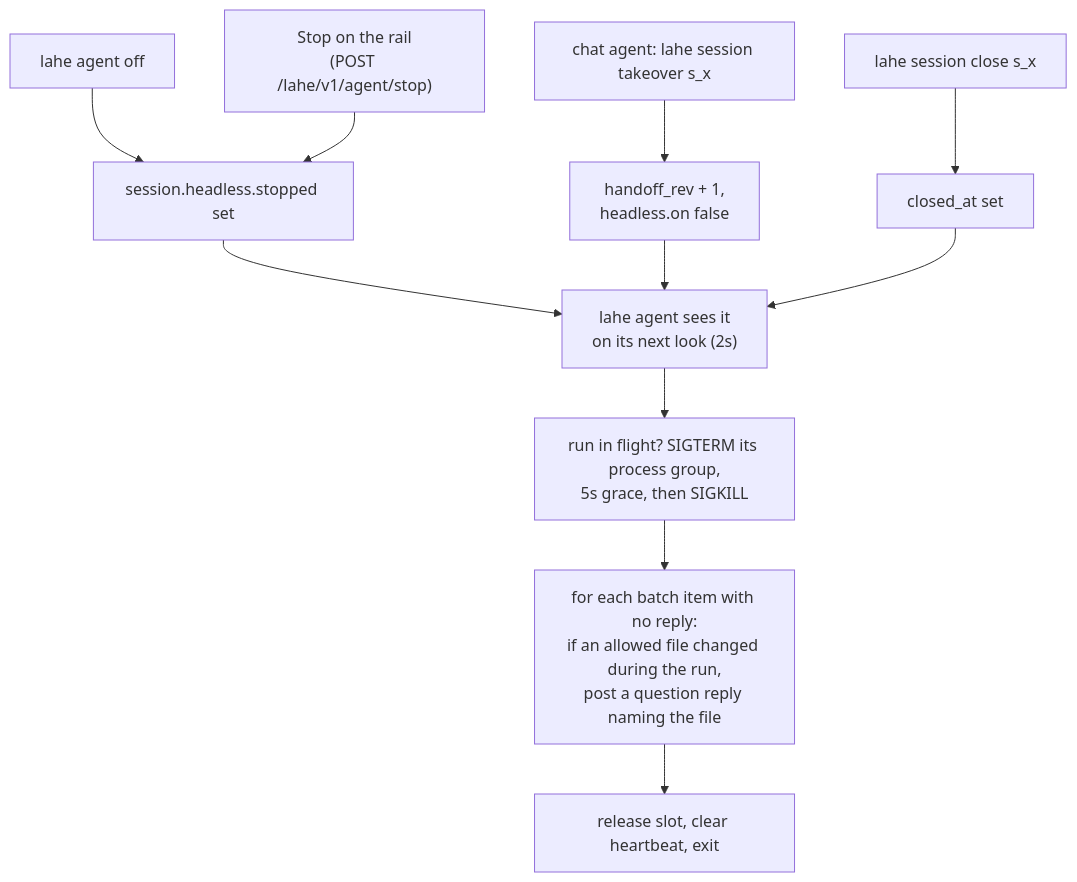
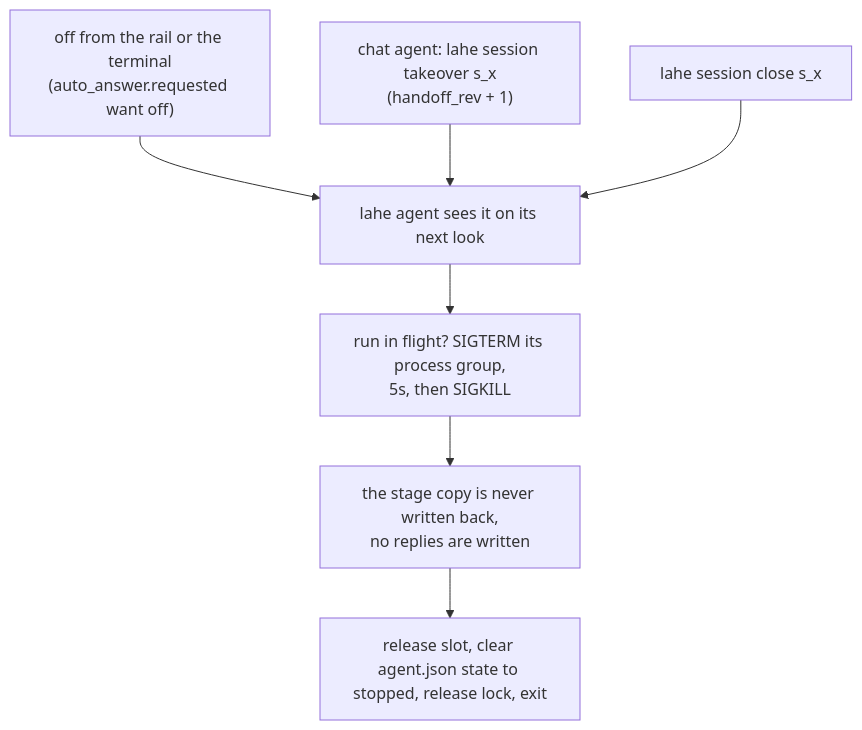
One commit to kenxle/live-agentic-html-editor changed the fifth of 6 diagrams in docs/features/20260929.01_lahe_agent_sdk/02_architecture_lahe_agent_sdk.md. Above: the diagram before and after it, drawn with Mermaid. The commit also changed other lines of this file and 1 other file, not shown here.

````diff
--- a/docs/features/20260929.01_lahe_agent_sdk/02_architecture_lahe_agent_sdk.md
+++ b/docs/features/20260929.01_lahe_agent_sdk/02_architecture_lahe_agent_sdk.md
@@ -252,13 +339,9 @@
 ```mermaid
 flowchart TD
-  Off["lahe agent off"] --> Flag["session.headless.stopped set"]
-  Page["Stop on the rail<br/>(POST /lahe/v1/agent/stop)"] --> Flag
-  Take["chat agent: lahe session takeover s_x"] --> Rev["handoff_rev + 1,<br/>headless.on false"]
-  Close["lahe session close s_x"] --> Closed["closed_at set"]
-  Flag --> Sees["lahe agent sees it<br/>on its next look (2s)"]
-  Rev --> Sees
-  Closed --> Sees
-  Sees --> Kill["run in flight? SIGTERM its process group,<br/>5s grace, then SIGKILL"]
-  Kill --> Mark["for each batch item with no reply:<br/>if an allowed file changed during the run,<br/>post a question reply naming the file"]
-  Mark --> Exit["release slot, clear heartbeat, exit"]
+  Off["off from the rail or the terminal<br/>(auto_answer.requested want off)"] --> Sees
+  Take["chat agent: lahe session takeover s_x<br/>(handoff_rev + 1)"] --> Sees
+  Close["lahe session close s_x"] --> Sees
+  Sees["lahe agent sees it on its next look"] --> Kill["run in flight? SIGTERM its process group,<br/>5s, then SIGKILL"]
+  Kill --> Drop["the stage copy is never written back,<br/>no replies are written"]
+  Drop --> Exit["release slot, clear agent.json state to stopped, release lock, exit"]
 ```
````
